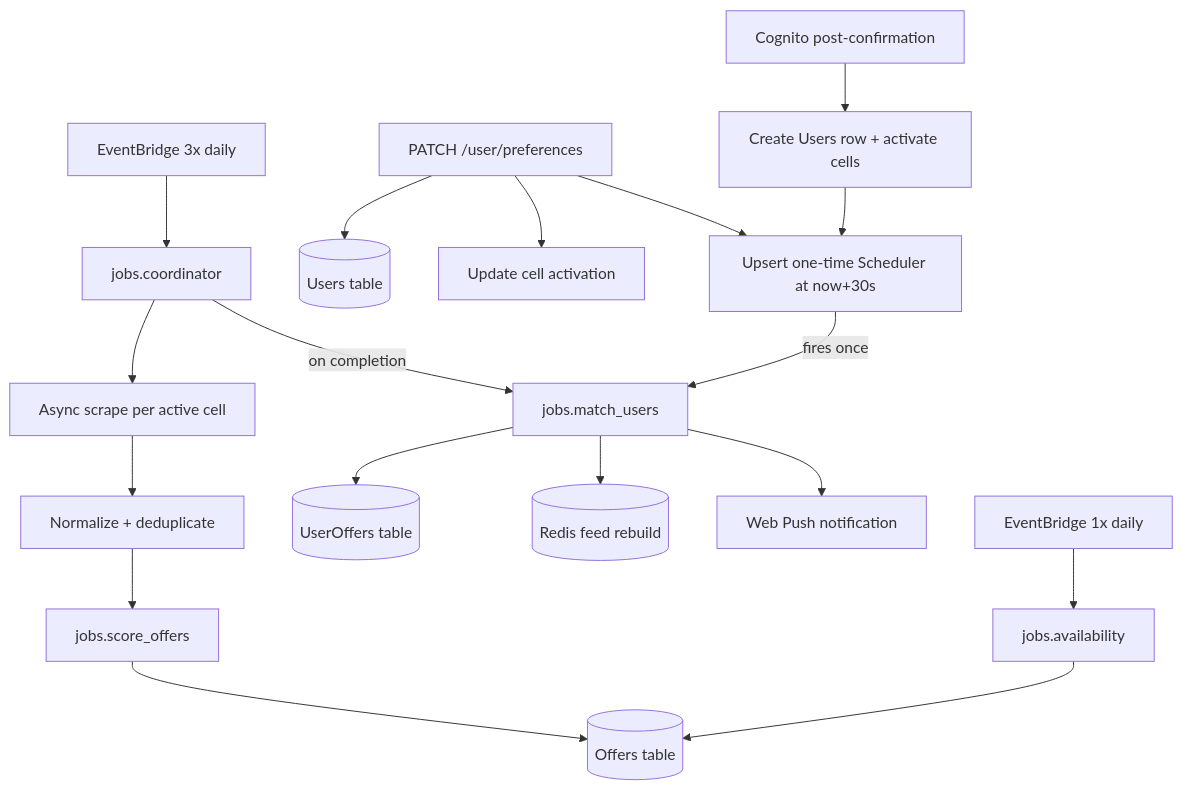
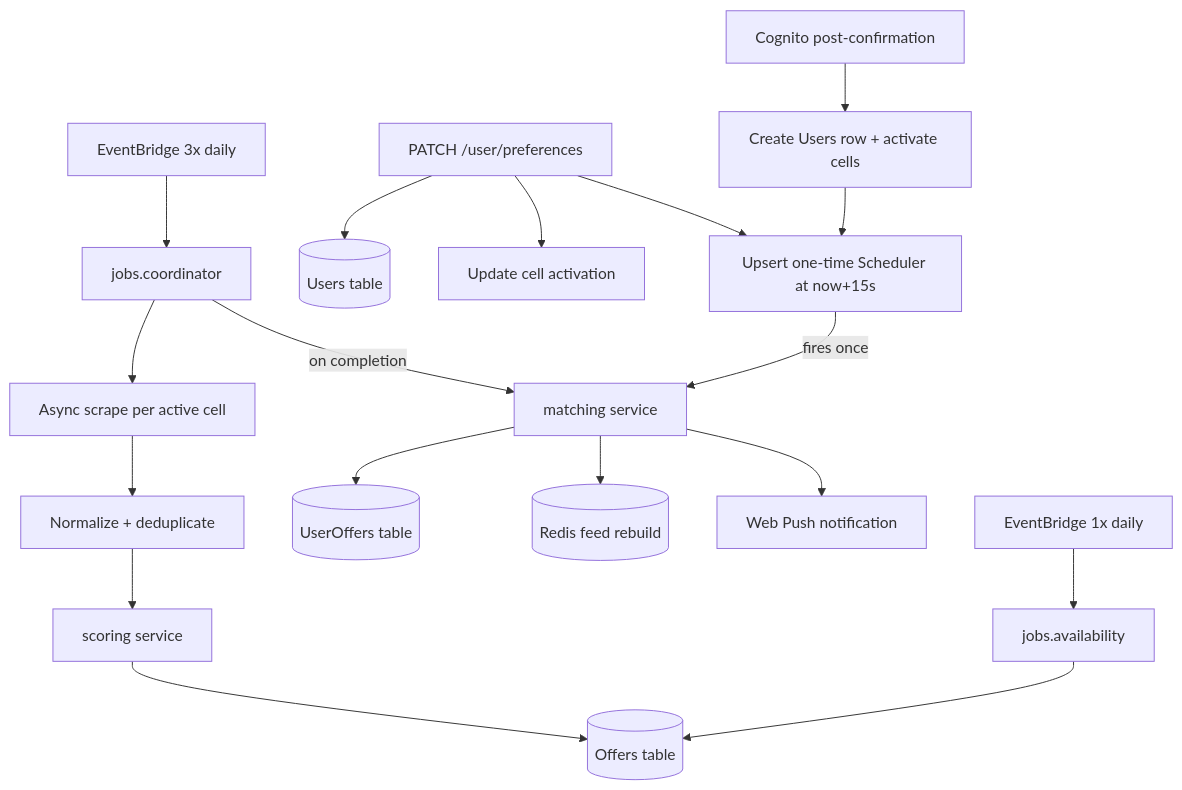
One commit to skalskidaniel/travelis-backend changed the diagram in docs/architecture/pipeline.md. Above: the diagram before and after it, drawn with Mermaid. The commit also changed other lines of this file and 11 other files, not shown here.

````diff
--- a/docs/architecture/pipeline.md
+++ b/docs/architecture/pipeline.md
@@ -7,20 +7,20 @@
 ```mermaid
 flowchart TD
     EB1[EventBridge 3x daily] --> COORD[jobs.coordinator]
     COORD --> SCRAPE[Async scrape per active cell]
     SCRAPE --> NORM[Normalize + deduplicate]
-    NORM --> SCORE[jobs.score_offers]
+    NORM --> SCORE[scoring service]
     SCORE --> DDB[(Offers table)]
-    COORD -->|on completion| MATCH[jobs.match_users]
+    COORD -->|on completion| MATCH[matching service]
     MATCH --> UO[(UserOffers table)]
     MATCH --> REDIS[(Redis feed rebuild)]
     MATCH --> PUSH[Web Push notification]
     EB3[EventBridge 1x daily] --> AVAIL[jobs.availability]
     AVAIL --> DDB
     PATCH[PATCH /user/preferences] --> PREFS[(Users table)]
     PATCH --> CELLS[Update cell activation]
-    PATCH --> SCHED[Upsert one-time Scheduler at now+30s]
+    PATCH --> SCHED[Upsert one-time Scheduler at now+15s]
     SIGNUP[Cognito post-confirmation] --> PROV[Create Users row + activate cells]
     PROV --> SCHED
     SCHED -->|fires once| MATCH
 ```
````
